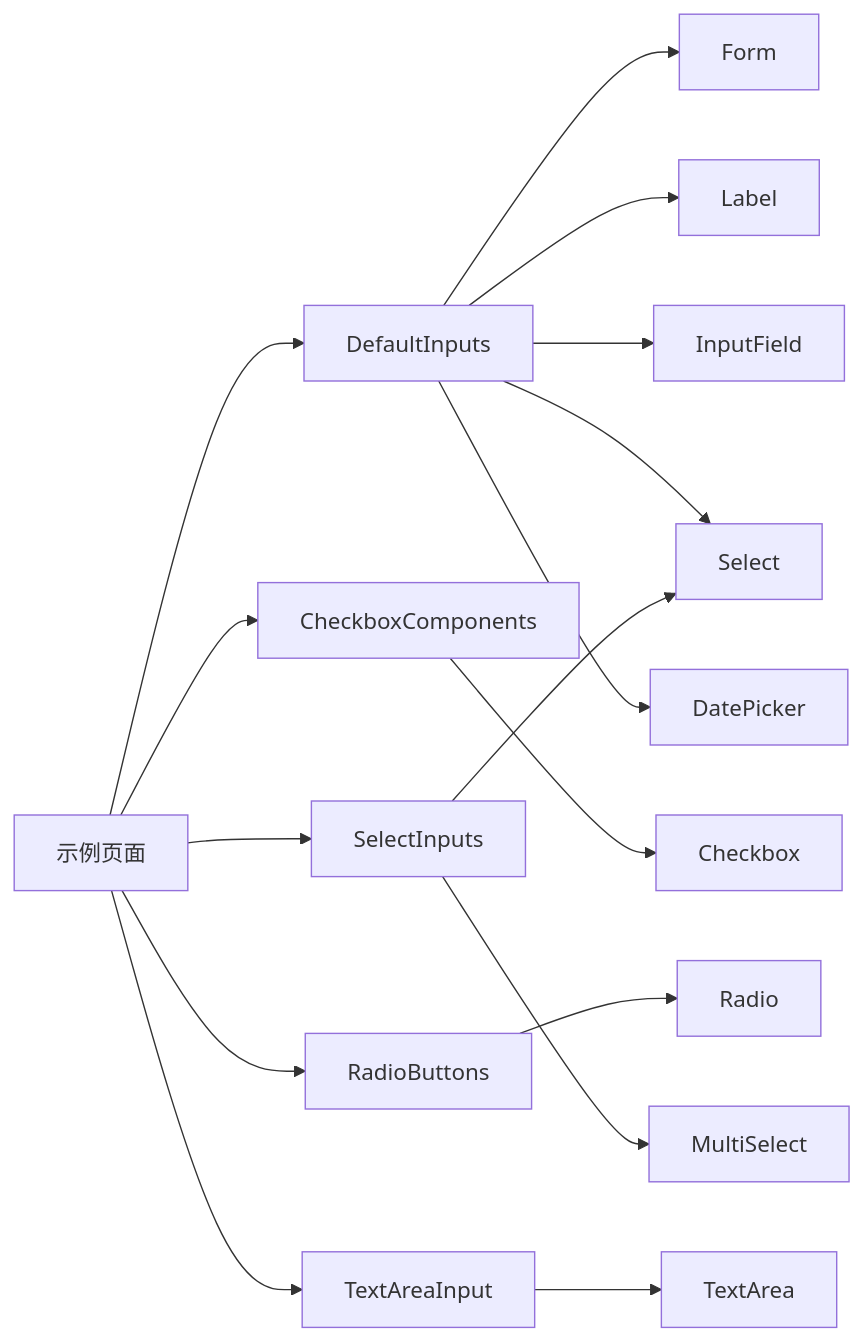
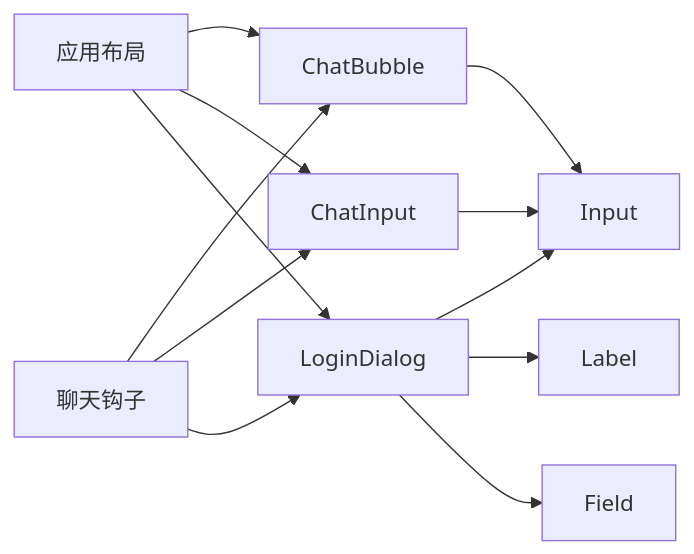
One commit to HAOFUYANG/nextjs-admin changed the third of 5 diagrams in .qoder/repowiki/zh/content/表单处理系统/表单处理系统.md. Above: the diagram before and after it, drawn with Mermaid. The commit also changed other lines of this file and 36 other files, not shown here.

````diff
--- a/.qoder/repowiki/zh/content/表单处理系统/表单处理系统.md
+++ b/.qoder/repowiki/zh/content/表单处理系统/表单处理系统.md
@@ -263,18 +244,14 @@
 ```mermaid
 graph LR
-P["示例页面"] --> DI["DefaultInputs"]
-P --> DC["CheckboxComponents"]
-P --> DR["RadioButtons"]
-P --> DS["SelectInputs"]
-P --> DT["TextAreaInput"]
-DI --> F["Form"]
-DI --> L["Label"]
-DI --> I["InputField"]
-DI --> S["Select"]
-DI --> D["DatePicker"]
-DC --> CB["Checkbox"]
-DR --> RB["Radio"]
-DS --> S
-DS --> MS["MultiSelect"]
-DT --> T["TextArea"]
+LAYOUT["应用布局"] --> CB["ChatBubble"]
+LAYOUT --> CI["ChatInput"]
+LAYOUT --> LD["LoginDialog"]
+LD --> UI["Input"]
+LD --> UL["Label"]
+LD --> UF["Field"]
+CB --> UI
+CI --> UI
+HOOKS["聊天钩子"] --> CB
+HOOKS --> CI
+HOOKS --> LD
 ```
````
